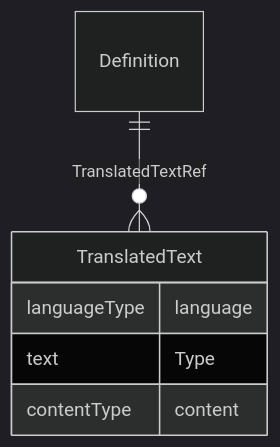
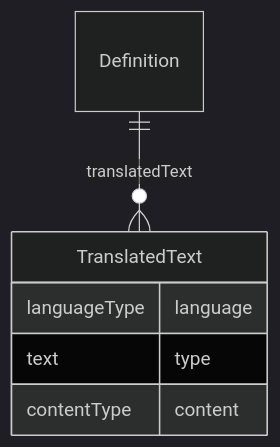
Before and after one commit to cdisc-org/DataExchange-ODM-LinkML: the diagram in docs/Definition.md, drawn with Mermaid (dark theme). The commit also changed other lines of this file and 759 other files, not shown here.

````diff
--- a/docs/Definition.md
+++ b/docs/Definition.md
@@ -11,14 +11,14 @@
 ```mermaid
 erDiagram
 Definition {
 
 }
 TranslatedText {
     languageType language  
-    text Type  
+    text type  
     contentType content  
 }
 
-Definition ||--}o TranslatedText : "TranslatedTextRef"
+Definition ||--}o TranslatedText : "translatedText"
 
 ```
````
